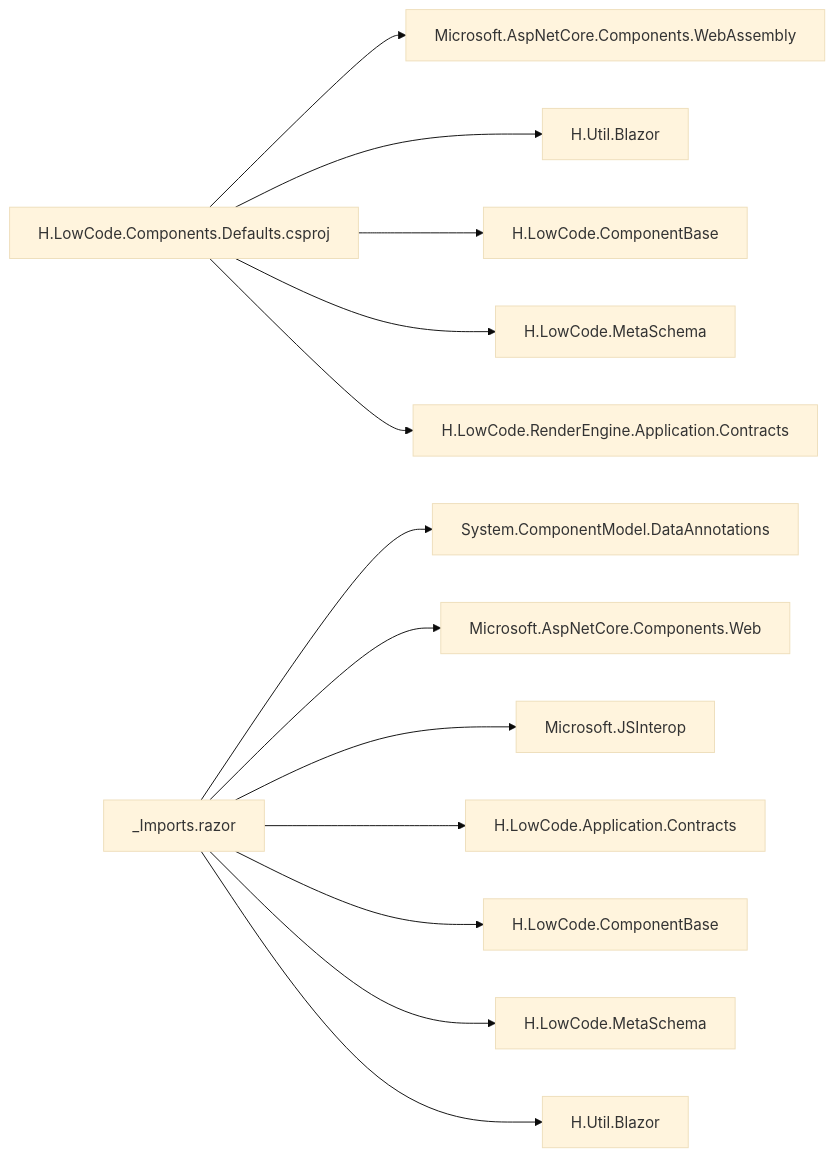
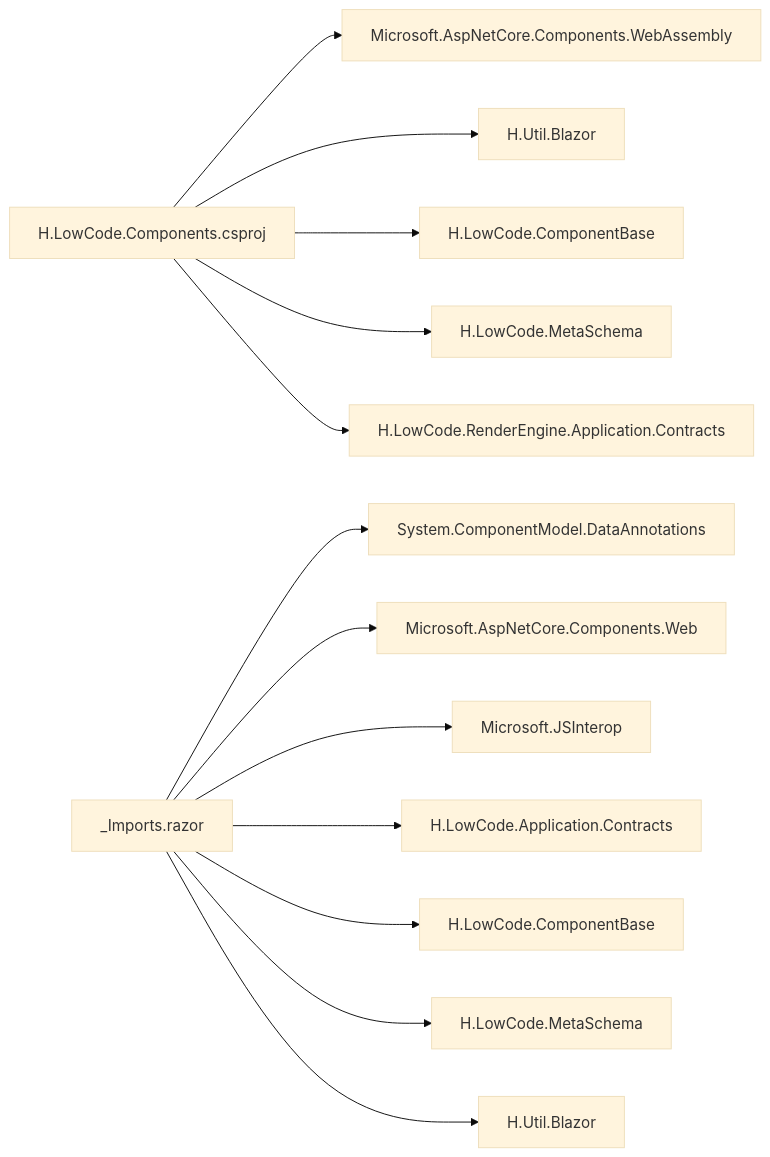
Before and after one commit to openlowcodelab/lowcode: the sixth of 6 diagrams in .qoder/repowiki/zh/content/前端架构/UI组件库/UI组件库.md, drawn with Mermaid (base theme). The commit also changed other lines of this file and 90 other files, not shown here.

Commit message:
[LowCode] 组件库重命名

````diff
--- a/.qoder/repowiki/zh/content/前端架构/UI组件库/UI组件库.md
+++ b/.qoder/repowiki/zh/content/前端架构/UI组件库/UI组件库.md
@@ -343,15 +343,15 @@
 ```mermaid
 graph LR
-Proj["H.LowCode.Components.Defaults.csproj"] --> Ref1["Microsoft.AspNetCore.Components.WebAssembly"]
+Proj["H.LowCode.Components.csproj"] --> Ref1["Microsoft.AspNetCore.Components.WebAssembly"]
 Proj --> Ref2["H.Util.Blazor"]
 Proj --> Ref3["H.LowCode.ComponentBase"]
 Proj --> Ref4["H.LowCode.MetaSchema"]
 Proj --> Ref5["H.LowCode.RenderEngine.Application.Contracts"]
 Imports["_Imports.razor"] --> NS1["System.ComponentModel.DataAnnotations"]
 Imports --> NS2["Microsoft.AspNetCore.Components.Web"]
 Imports --> NS3["Microsoft.JSInterop"]
 Imports --> NS4["H.LowCode.Application.Contracts"]
 Imports --> NS5["H.LowCode.ComponentBase"]
 Imports --> NS6["H.LowCode.MetaSchema"]
 Imports --> NS7["H.Util.Blazor"]
 ```
````
